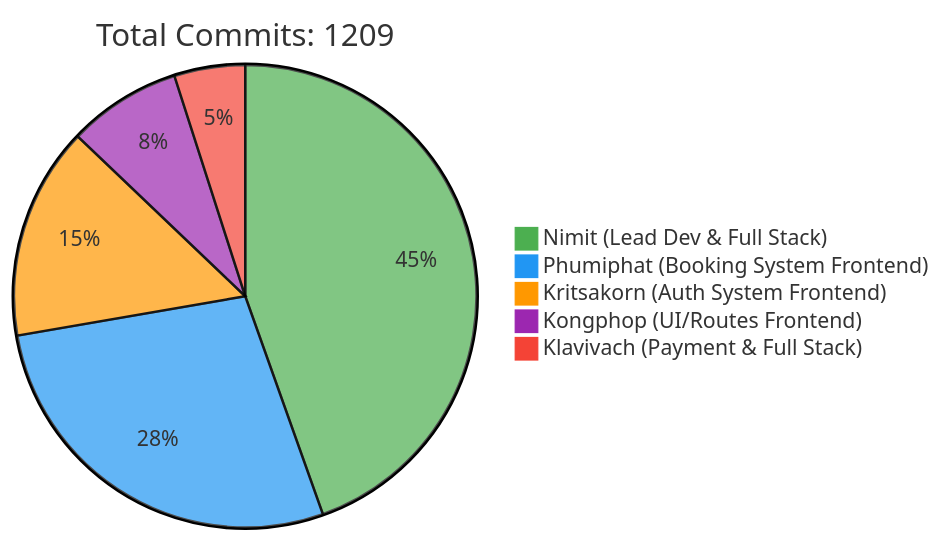
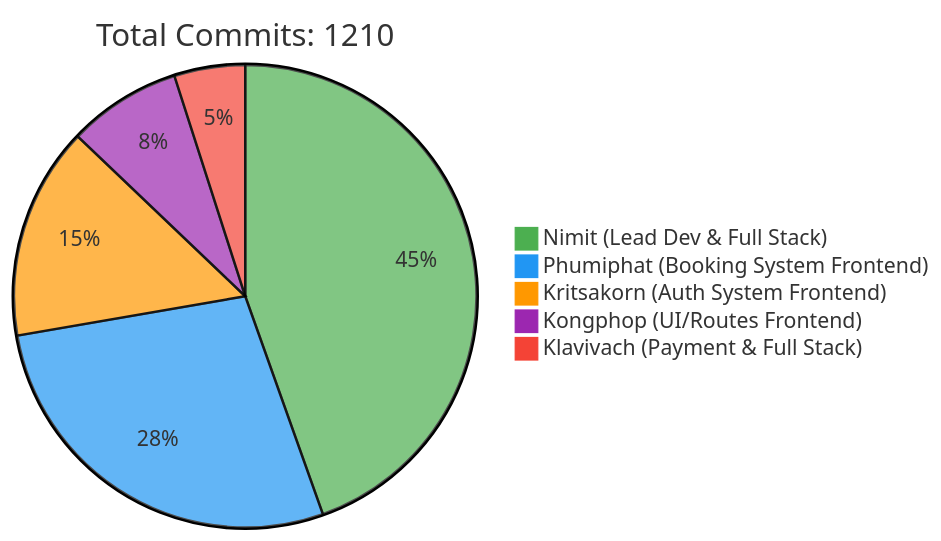
The first of 2 diagrams in README.md (6531503042/Sport-Complex), drawn with Mermaid before and after one commit. The commit also changed other lines of this file, not shown here.

Commit message:
docs: Update contributor statistics [skip ci]

````diff
--- a/README.md
+++ b/README.md
@@ -257,10 +257,10 @@
 ```mermaid
 %%{init: {'theme': 'base', 'themeVariables': { 'pie1': '#4CAF50', 'pie2': '#2196F3', 'pie3': '#FF9800', 'pie4': '#9C27B0', 'pie5': '#F44336'}}}%%
 pie
-    title Total Commits: 1209
+    title Total Commits: 1210
     "Nimit (Lead Dev & Full Stack)" : 450
     "Phumiphat (Booking System Frontend)" : 280
     "Kritsakorn (Auth System Frontend)" : 150
     "Kongphop (UI/Routes Frontend)" : 80
     "Klavivach (Payment & Full Stack)" : 50
 ```
````
